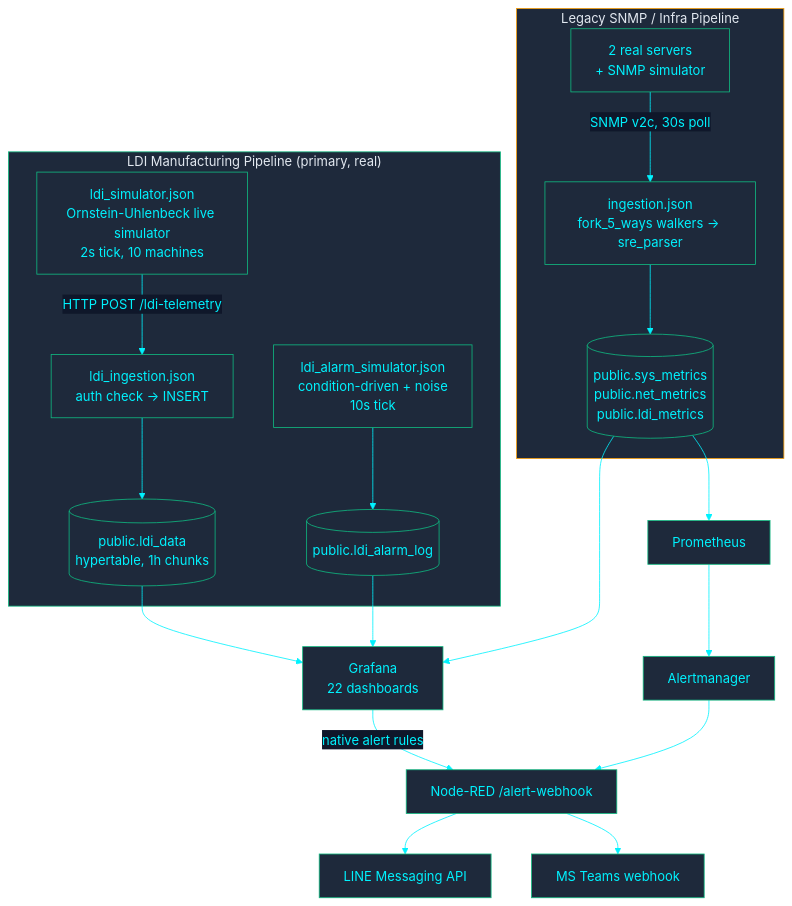
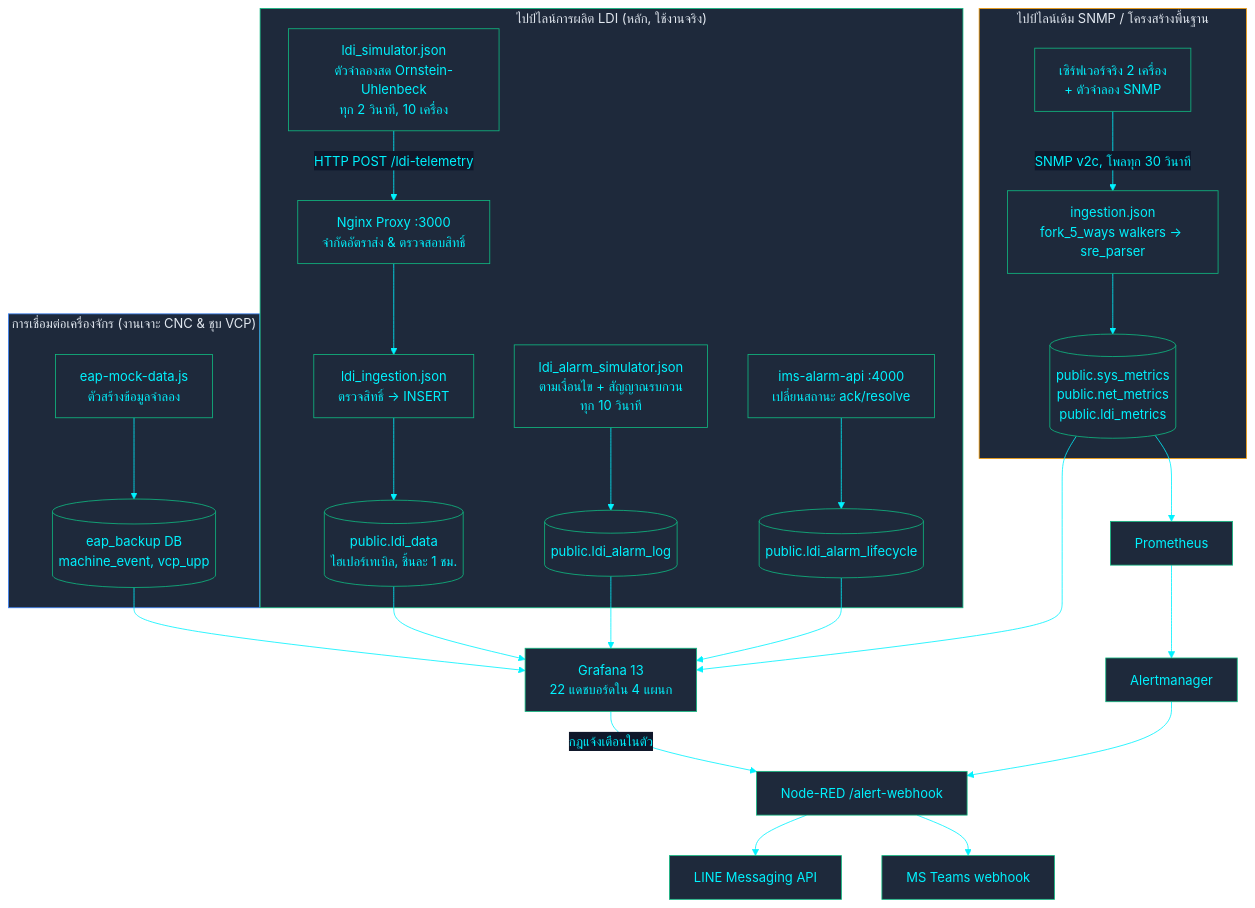
The diagram in th/docs/architecture/ARCHITECTURE.md (PATTANAKORN025/IMS), drawn with Mermaid before and after one commit. The commit also changed other lines of this file and 6 other files, not shown here.

Commit message:
docs(architecture): expand visual Mermaid C4 models, sequence flows, and 22-dashboard ecosystem across en/th/zh-CN

````diff
--- a/th/docs/architecture/ARCHITECTURE.md
+++ b/th/docs/architecture/ARCHITECTURE.md
@@ -28,26 +28,35 @@
 ```mermaid
 %%{init: {'theme': 'base', 'themeVariables': { 'primaryColor': '#1e293b', 'primaryTextColor': '#00F2FE', 'primaryBorderColor': '#10B981', 'lineColor': '#00F2FE', 'secondaryColor': '#0f172a', 'tertiaryColor': '#0f172a', 'clusterBkg': '#030407', 'clusterBorder': '#00F2FE'}}}%%
 flowchart TB
- subgraph LDI ["LDI Manufacturing Pipeline (primary, real)"]
-  SIM["ldi_simulator.json\nOrnstein-Uhlenbeck live simulator\n2s tick, 10 machines"] -->|"HTTP POST /ldi-telemetry"| ING["ldi_ingestion.json\nauth check -> INSERT"]
-  ING --> LDIDATA[("public.ldi_data\nhypertable, 1h chunks")]
-  ALMSIM["ldi_alarm_simulator.json\ncondition-driven + noise\n10s tick"] --> ALARMLOG[("public.ldi_alarm_log")]
+ subgraph LDI ["ไปป์ไลน์การผลิต LDI (หลัก, ใช้งานจริง)"]
+  SIM["ldi_simulator.json\nตัวจำลองสด Ornstein-Uhlenbeck\nทุก 2 วินาที, 10 เครื่อง"] -->|"HTTP POST /ldi-telemetry"| PROXY["Nginx Proxy :3000\nจำกัดอัตราส่ง & ตรวจสอบสิทธิ์"]
+  PROXY --> ING["ldi_ingestion.json\nตรวจสิทธิ์ -> INSERT"]
+  ING --> LDIDATA[("public.ldi_data\nไฮเปอร์เทเบิล, ชิ้นละ 1 ชม.")]
+  ALMSIM["ldi_alarm_simulator.json\nตามเงื่อนไข + สัญญาณรบกวน\nทุก 10 วินาที"] --> ALARMLOG[("public.ldi_alarm_log")]
+  ALARMAPI["ims-alarm-api :4000\nเปลี่ยนสถานะ ack/resolve"] --> ALARMLC[("public.ldi_alarm_lifecycle")]
  end
 
- subgraph LEGACY ["Legacy SNMP / Infra Pipeline"]
-  DEV["2 real servers\n+ SNMP simulator"] -->|"SNMP v2c, 30s poll"| NR["ingestion.json\nfork_5_ways walkers -> sre_parser"]
+ subgraph LEGACY ["ไปป์ไลน์เดิม SNMP / โครงสร้างพื้นฐาน"]
+  DEV["เซิร์ฟเวอร์จริง 2 เครื่อง\n+ ตัวจำลอง SNMP"] -->|"SNMP v2c, โพลทุก 30 วินาที"| NR["ingestion.json\nfork_5_ways walkers -> sre_parser"]
   NR --> SYSMETRICS[("public.sys_metrics\npublic.net_metrics\npublic.ldi_metrics")]
  end
 
- LDIDATA --> GRAFANA["Grafana\n22 dashboards"]
+ subgraph EAP ["การเชื่อมต่อเครื่องจักร (งานเจาะ CNC & ชุบ VCP)"]
+  MOCK["eap-mock-data.js\nตัวสร้างข้อมูลจำลอง"] --> EAPDB[("eap_backup DB\nmachine_event, vcp_upp")]
+ end
+
+ LDIDATA --> GRAFANA["Grafana 13\n22 แดชบอร์ดใน 4 แผนก"]
  ALARMLOG --> GRAFANA
+ ALARMLC --> GRAFANA
  SYSMETRICS --> GRAFANA
+ EAPDB --> GRAFANA
  SYSMETRICS --> PROM["Prometheus"]
- GRAFANA -->|"native alert rules"| NRWEBHOOK["Node-RED /alert-webhook"]
+ GRAFANA -->|"กฎแจ้งเตือนในตัว"| NRWEBHOOK["Node-RED /alert-webhook"]
  PROM --> AM["Alertmanager"] --> NRWEBHOOK
  NRWEBHOOK --> LINE["LINE Messaging API"]
  NRWEBHOOK --> TEAMS["MS Teams webhook"]
 
  style LDI fill:#1e293b,stroke:#10B981,color:#e2e8f0
  style LEGACY fill:#1e293b,stroke:#F59E0B,color:#e2e8f0
+ style EAP fill:#1e293b,stroke:#3B82F6,color:#e2e8f0
 ```
````
